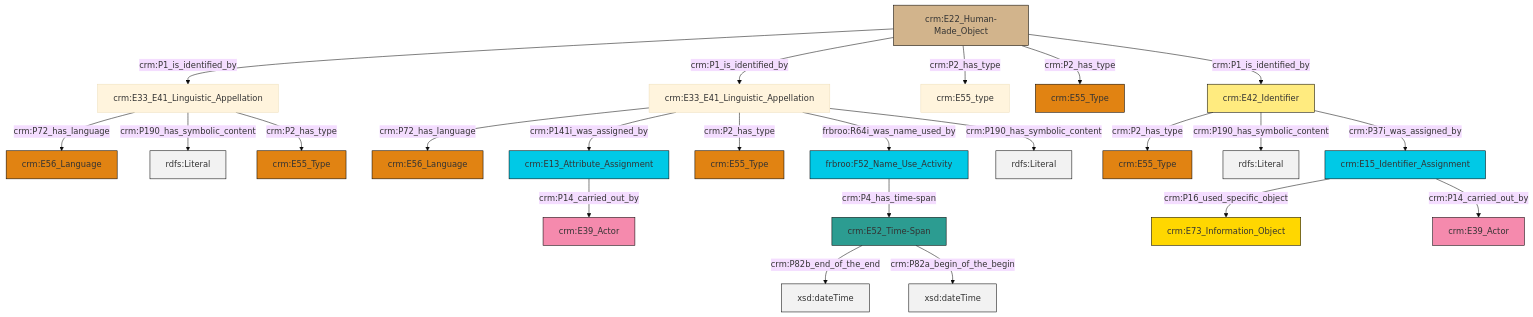
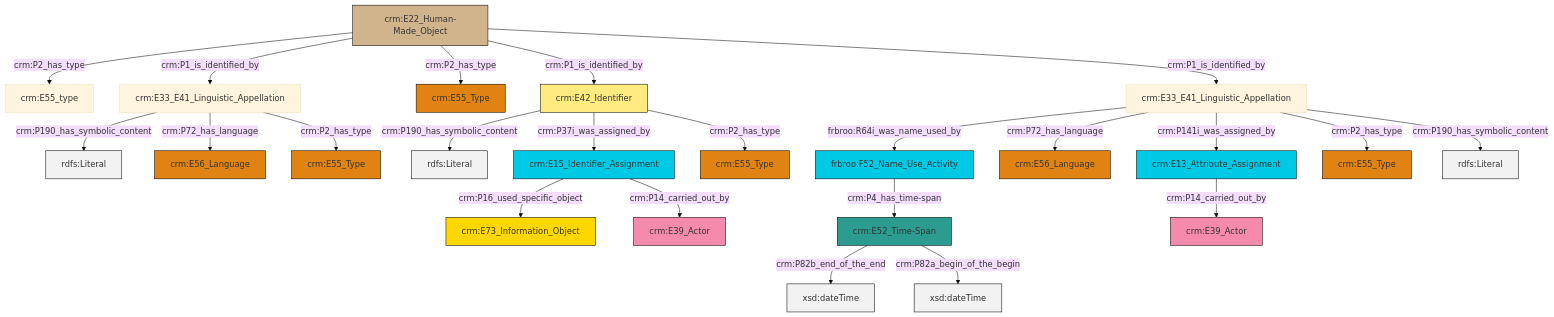
The diagram in et/artworkCSV/ttl/mmd/Artwork_Name.ttl.mmd (swiss-art-research-net/reference-data-models), drawn with Mermaid (base theme) before and after one commit. The commit also changed 148 other files, not shown here.

```diff
--- a/et/artworkCSV/ttl/mmd/Artwork_Name.ttl.mmd
+++ b/et/artworkCSV/ttl/mmd/Artwork_Name.ttl.mmd
@@ -1,37 +1,37 @@
 graph TD
 classDef Literal fill:#f2f2f2,stroke:#000000;
 classDef CRM_Entity fill:#FFFFFF,stroke:#000000;
 classDef Temporal_Entity fill:#00C9E6, stroke:#000000;
 classDef Type fill:#E18312, stroke:#000000;
 classDef Time-Span fill:#2C9C91, stroke:#000000;
 classDef Appellation fill:#FFEB7F, stroke:#000000;
 classDef Place fill:#008836, stroke:#000000;
 classDef Persistent_Item fill:#B266B2, stroke:#000000;
 classDef Conceptual_Object fill:#FFD700, stroke:#000000;
 classDef Physical_Thing fill:#D2B48C, stroke:#000000;
 classDef Actor fill:#f58aad, stroke:#000000;
 classDef PC_Classes fill:#4ce600, stroke:#000000;
 classDef Multi fill:#cccccc,stroke:#000000;
 
-2["crm:E33_E41_Linguistic_Appellation"]:::Default -->|crm:P72_has_language| 3["crm:E56_Language"]:::Type
-10["crm:E22_Human-Made_Object"]:::Physical_Thing -->|crm:P1_is_identified_by| 11["crm:E33_E41_Linguistic_Appellation"]:::Default
-12["crm:E42_Identifier"]:::Appellation -->|crm:P2_has_type| 4["crm:E55_Type"]:::Type
-0["crm:E13_Attribute_Assignment"]:::Temporal_Entity -->|crm:P14_carried_out_by| 13["crm:E39_Actor"]:::Actor
-2["crm:E33_E41_Linguistic_Appellation"]:::Default -->|crm:P141i_was_assigned_by| 0["crm:E13_Attribute_Assignment"]:::Temporal_Entity
-15["crm:E15_Identifier_Assignment"]:::Temporal_Entity -->|crm:P16_used_specific_object| 6["crm:E73_Information_Object"]:::Conceptual_Object
-18["frbroo:F52_Name_Use_Activity"]:::Temporal_Entity -->|crm:P4_has_time-span| 16["crm:E52_Time-Span"]:::Time-Span
-11["crm:E33_E41_Linguistic_Appellation"]:::Default -->|crm:P72_has_language| 19["crm:E56_Language"]:::Type
-10["crm:E22_Human-Made_Object"]:::Physical_Thing -->|crm:P1_is_identified_by| 2["crm:E33_E41_Linguistic_Appellation"]:::Default
-2["crm:E33_E41_Linguistic_Appellation"]:::Default -->|crm:P2_has_type| 23["crm:E55_Type"]:::Type
-10["crm:E22_Human-Made_Object"]:::Physical_Thing -->|crm:P2_has_type| 8["crm:E55_type"]:::Default
-16["crm:E52_Time-Span"]:::Time-Span -->|crm:P82b_end_of_the_end| 24[xsd:dateTime]:::Literal
-11["crm:E33_E41_Linguistic_Appellation"]:::Default -->|crm:P190_has_symbolic_content| 27[rdfs:Literal]:::Literal
-12["crm:E42_Identifier"]:::Appellation -->|crm:P190_has_symbolic_content| 30[rdfs:Literal]:::Literal
-16["crm:E52_Time-Span"]:::Time-Span -->|crm:P82a_begin_of_the_begin| 31[xsd:dateTime]:::Literal
-12["crm:E42_Identifier"]:::Appellation -->|crm:P37i_was_assigned_by| 15["crm:E15_Identifier_Assignment"]:::Temporal_Entity
-10["crm:E22_Human-Made_Object"]:::Physical_Thing -->|crm:P2_has_type| 25["crm:E55_Type"]:::Type
-2["crm:E33_E41_Linguistic_Appellation"]:::Default -->|frbroo:R64i_was_name_used_by| 18["frbroo:F52_Name_Use_Activity"]:::Temporal_Entity
-11["crm:E33_E41_Linguistic_Appellation"]:::Default -->|crm:P2_has_type| 20["crm:E55_Type"]:::Type
-2["crm:E33_E41_Linguistic_Appellation"]:::Default -->|crm:P190_has_symbolic_content| 38[rdfs:Literal]:::Literal
-15["crm:E15_Identifier_Assignment"]:::Temporal_Entity -->|crm:P14_carried_out_by| 33["crm:E39_Actor"]:::Actor
-10["crm:E22_Human-Made_Object"]:::Physical_Thing -->|crm:P1_is_identified_by| 12["crm:E42_Identifier"]:::Appellation
+0["crm:E33_E41_Linguistic_Appellation"]:::Default -->|crm:P190_has_symbolic_content| 1[rdfs:Literal]:::Literal
+2["crm:E22_Human-Made_Object"]:::Physical_Thing -->|crm:P2_has_type| 3["crm:E55_type"]:::Default
+4["crm:E52_Time-Span"]:::Time-Span -->|crm:P82b_end_of_the_end| 5[xsd:dateTime]:::Literal
+8["frbroo:F52_Name_Use_Activity"]:::Temporal_Entity -->|crm:P4_has_time-span| 4["crm:E52_Time-Span"]:::Time-Span
+6["crm:E33_E41_Linguistic_Appellation"]:::Default -->|frbroo:R64i_was_name_used_by| 8["frbroo:F52_Name_Use_Activity"]:::Temporal_Entity
+15["crm:E13_Attribute_Assignment"]:::Temporal_Entity -->|crm:P14_carried_out_by| 16["crm:E39_Actor"]:::Actor
+2["crm:E22_Human-Made_Object"]:::Physical_Thing -->|crm:P1_is_identified_by| 0["crm:E33_E41_Linguistic_Appellation"]:::Default
+18["crm:E15_Identifier_Assignment"]:::Temporal_Entity -->|crm:P16_used_specific_object| 19["crm:E73_Information_Object"]:::Conceptual_Object
+6["crm:E33_E41_Linguistic_Appellation"]:::Default -->|crm:P72_has_language| 20["crm:E56_Language"]:::Type
+0["crm:E33_E41_Linguistic_Appellation"]:::Default -->|crm:P72_has_language| 21["crm:E56_Language"]:::Type
+6["crm:E33_E41_Linguistic_Appellation"]:::Default -->|crm:P141i_was_assigned_by| 15["crm:E13_Attribute_Assignment"]:::Temporal_Entity
+18["crm:E15_Identifier_Assignment"]:::Temporal_Entity -->|crm:P14_carried_out_by| 28["crm:E39_Actor"]:::Actor
+4["crm:E52_Time-Span"]:::Time-Span -->|crm:P82a_begin_of_the_begin| 29[xsd:dateTime]:::Literal
+2["crm:E22_Human-Made_Object"]:::Physical_Thing -->|crm:P2_has_type| 13["crm:E55_Type"]:::Type
+11["crm:E42_Identifier"]:::Appellation -->|crm:P190_has_symbolic_content| 37[rdfs:Literal]:::Literal
+2["crm:E22_Human-Made_Object"]:::Physical_Thing -->|crm:P1_is_identified_by| 11["crm:E42_Identifier"]:::Appellation
+0["crm:E33_E41_Linguistic_Appellation"]:::Default -->|crm:P2_has_type| 9["crm:E55_Type"]:::Type
+6["crm:E33_E41_Linguistic_Appellation"]:::Default -->|crm:P2_has_type| 35["crm:E55_Type"]:::Type
+6["crm:E33_E41_Linguistic_Appellation"]:::Default -->|crm:P190_has_symbolic_content| 40[rdfs:Literal]:::Literal
+2["crm:E22_Human-Made_Object"]:::Physical_Thing -->|crm:P1_is_identified_by| 6["crm:E33_E41_Linguistic_Appellation"]:::Default
+11["crm:E42_Identifier"]:::Appellation -->|crm:P37i_was_assigned_by| 18["crm:E15_Identifier_Assignment"]:::Temporal_Entity
+11["crm:E42_Identifier"]:::Appellation -->|crm:P2_has_type| 22["crm:E55_Type"]:::Type
```
